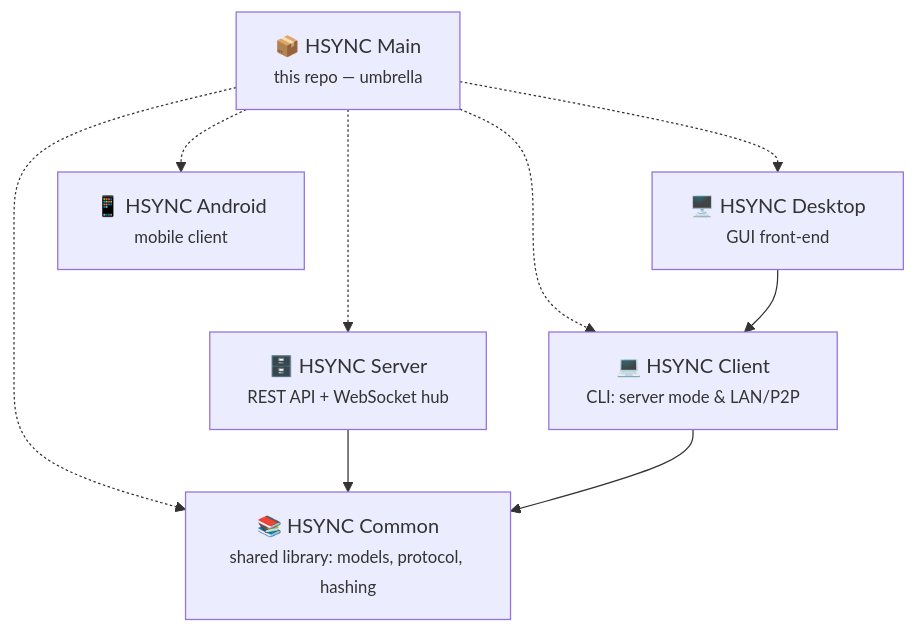
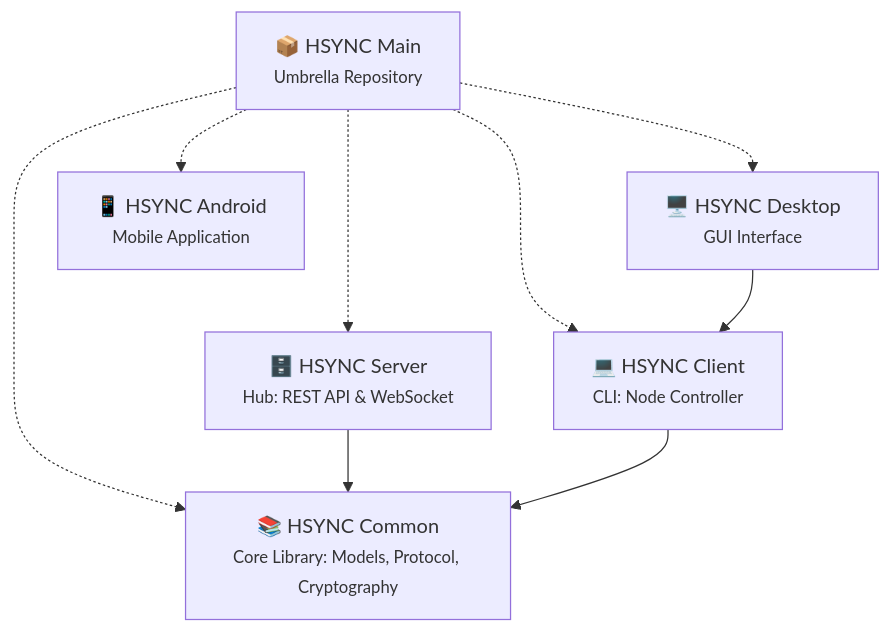
The third of 3 diagrams in README.md (albertsdk/hsync), drawn with Mermaid before and after one commit. The commit also changed other lines of this file, not shown here.

````diff
--- a/README.md
+++ b/README.md
@@ -110,20 +140,21 @@
 ```mermaid
 flowchart TD
-    Main["📦 HSYNC Main<br/><small>this repo — umbrella</small>"]
+    Main["📦 HSYNC Main<br/><small>Umbrella Repository</small>"]
 
-    Common["📚 HSYNC Common<br/><small>shared library: models, protocol, hashing</small>"]
-    Server["🗄️ HSYNC Server<br/><small>REST API + WebSocket hub</small>"]
-    Client["💻 HSYNC Client<br/><small>CLI: server mode & LAN/P2P</small>"]
-    Desktop["🖥️ HSYNC Desktop<br/><small>GUI front-end</small>"]
-    Android["📱 HSYNC Android<br/><small>mobile client</small>"]
+    Common["📚 HSYNC Common<br/><small>Core Library: Models, Protocol, Cryptography</small>"]
+    Server["🗄️ HSYNC Server<br/><small>Hub: REST API & WebSocket</small>"]
+    Client["💻 HSYNC Client<br/><small>CLI: Node Controller</small>"]
+    Desktop["🖥️ HSYNC Desktop<br/><small>GUI Interface</small>"]
+    Android["📱 HSYNC Android<br/><small>Mobile Application</small>"]
 
     Main -.-> Common
     Main -.-> Server
     Main -.-> Client
     Main -.-> Desktop
     Main -.-> Android
 
     Server --> Common
     Client --> Common
     Desktop --> Client
+
 ```
````
